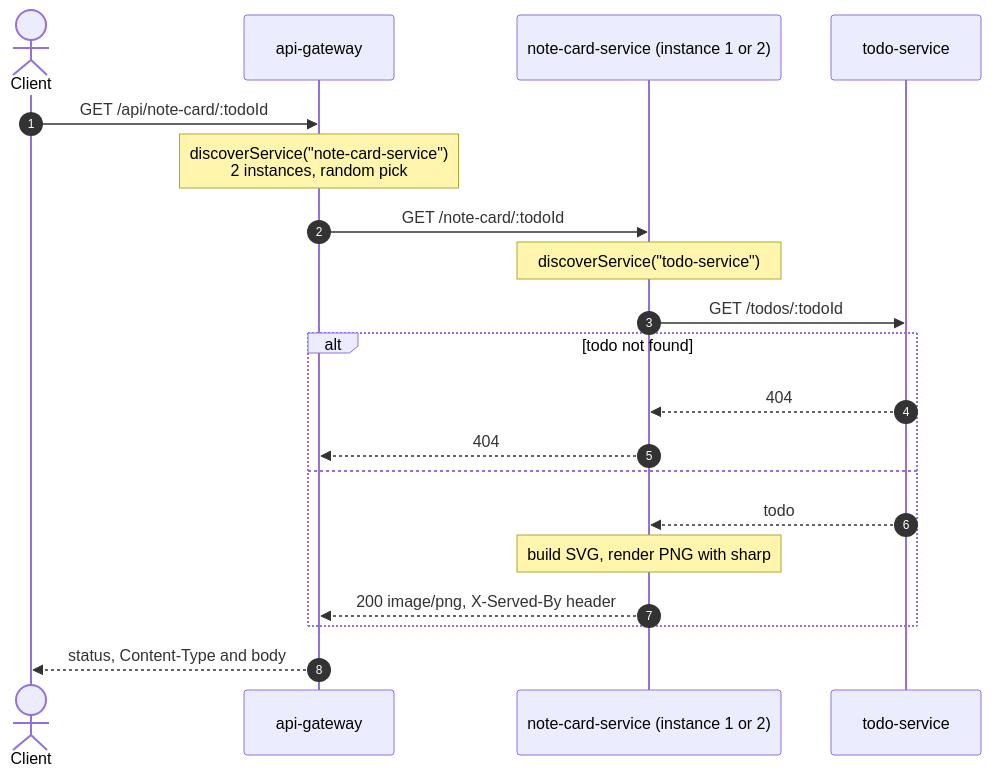
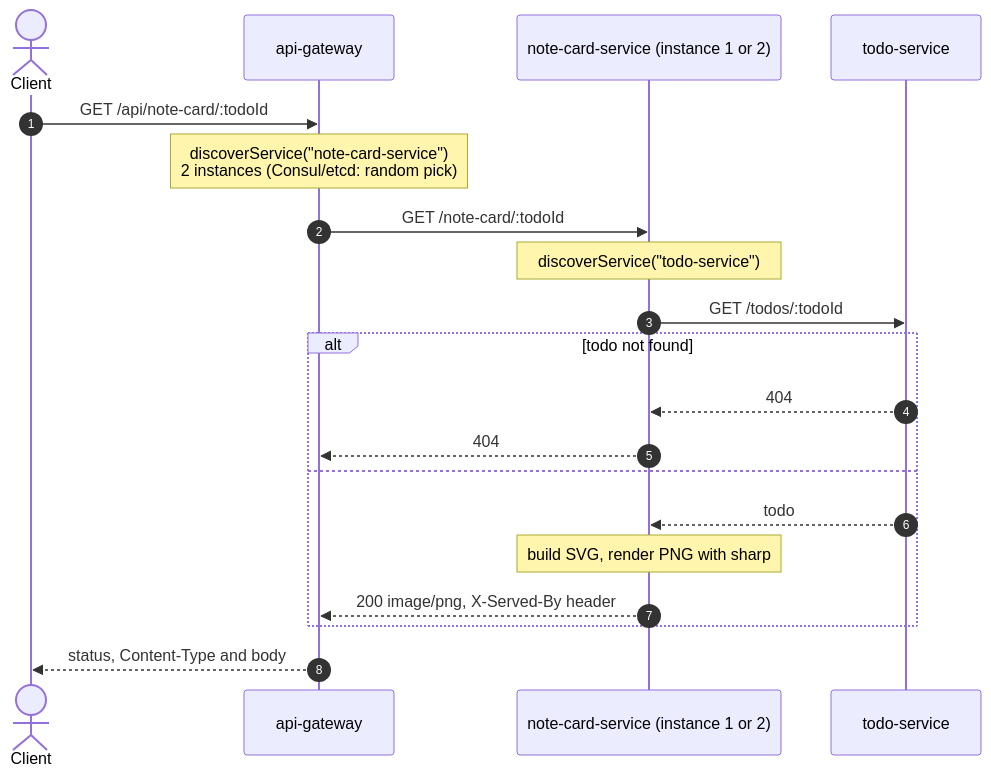
The seventh of 12 diagrams in docs/architecture.md (EotronRM/todo-microservices-example), drawn with Mermaid before and after one commit. The commit also changed other lines of this file, not shown here.

First line of the commit message:
Extend architecture docs with Kubernetes

````diff
--- a/docs/architecture.md
+++ b/docs/architecture.md
@@ -180,23 +211,23 @@
 ```mermaid
 sequenceDiagram
     autonumber
     actor C as Client
     participant G as api-gateway
     participant NC as note-card-service (instance 1 or 2)
     participant T as todo-service
 
     C->>G: GET /api/note-card/:todoId
-    Note over G: discoverService("note-card-service")<br/>2 instances, random pick
+    Note over G: discoverService("note-card-service")<br/>2 instances (Consul/etcd: random pick)
     G->>NC: GET /note-card/:todoId
     Note over NC: discoverService("todo-service")
     NC->>T: GET /todos/:todoId
     alt todo not found
         T-->>NC: 404
         NC-->>G: 404
     else
         T-->>NC: todo
         Note over NC: build SVG, render PNG with sharp
         NC-->>G: 200 image/png, X-Served-By header
     end
     G-->>C: status, Content-Type and body
 ```
````
